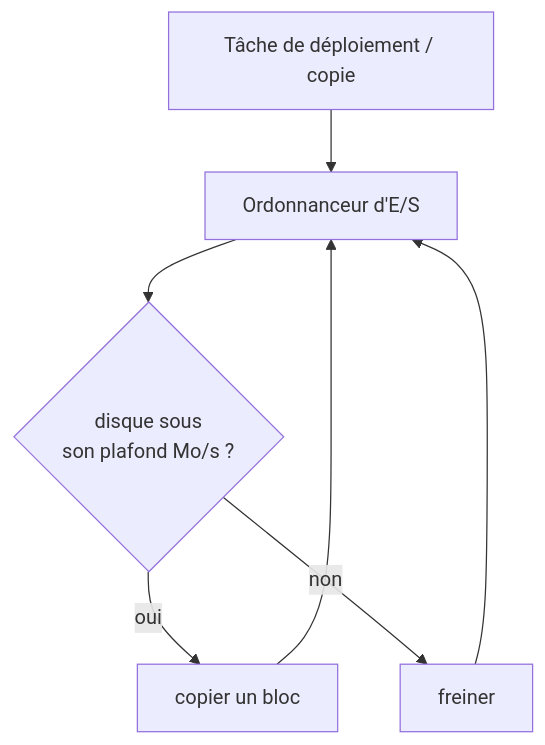
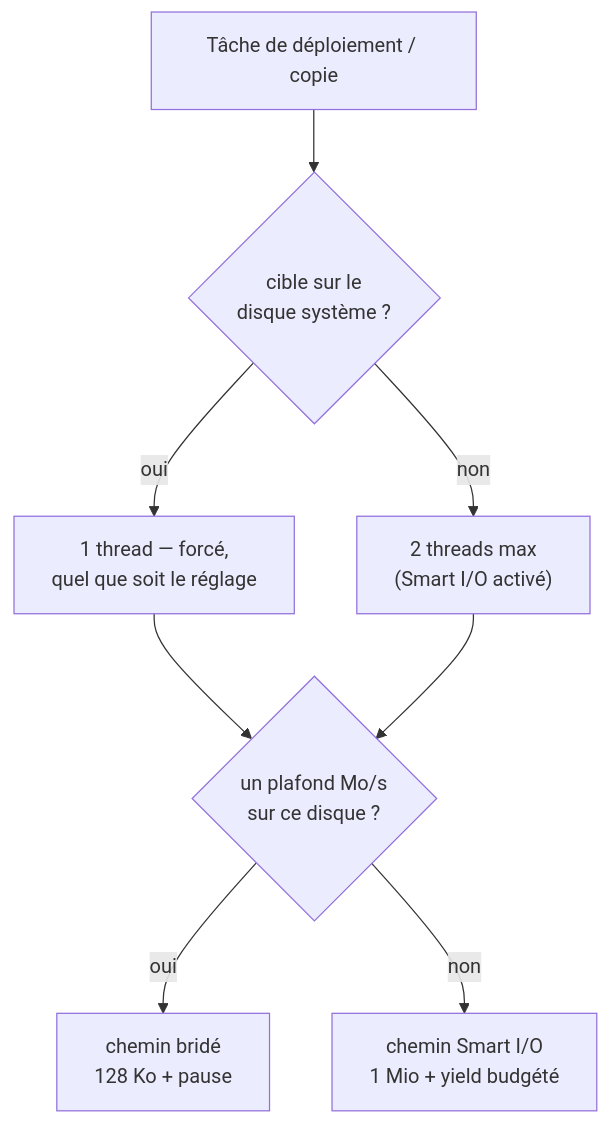
Before and after one commit to FreeProject089/BMM-Docs: the first of 2 diagrams in docs/how-it-works/performance.fr.md, drawn with Mermaid. The commit also changed other lines of this file and 7 other files, not shown here.

````diff
--- a/docs/how-it-works/performance.fr.md
+++ b/docs/how-it-works/performance.fr.md
@@ -13,8 +39,10 @@
 ```mermaid
 flowchart TB
-    JOB["Tâche de déploiement / copie"] --> Q["Ordonnanceur d'E/S"]
-    Q --> LIM{"disque sous<br/>son plafond Mo/s ?"}
-    LIM -- oui --> GO["copier un bloc"]
-    LIM -- non --> WAIT["freiner"] --> Q
-    GO --> Q
+    JOB["Tâche de déploiement / copie"] --> SYS{"cible sur le<br/>disque système ?"}
+    SYS -- oui --> ONE["1 thread — forcé,<br/>quel que soit le réglage"]
+    SYS -- non --> TWO["2 threads max<br/>(Smart I/O activé)"]
+    ONE --> LIM{"un plafond Mo/s<br/>sur ce disque ?"}
+    TWO --> LIM
+    LIM -- oui --> THR["chemin bridé<br/>128 Ko + pause"]
+    LIM -- non --> SM["chemin Smart I/O<br/>1 Mio + yield budgété"]
 ```
````
